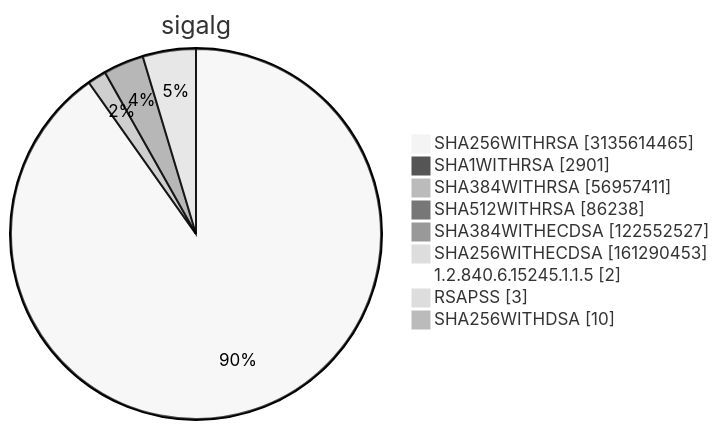
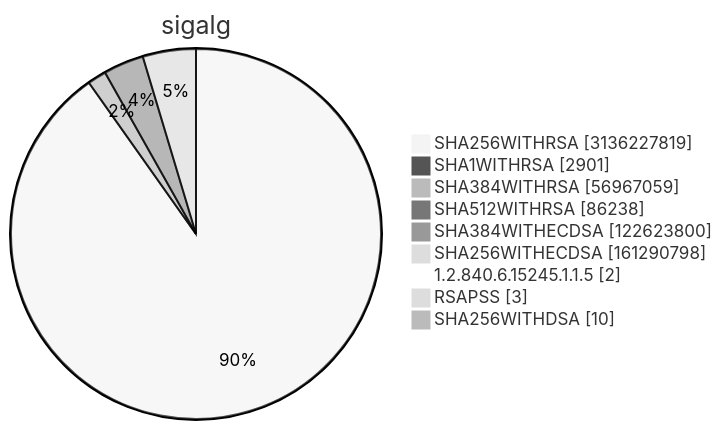
Before and after one commit to christiankrug/ctmonitor_visualization: diagram 15 of 15 in TOTAL/README.md, drawn with Mermaid (neutral theme). The commit also changed other lines of this file, not shown here.

````diff
--- a/TOTAL/README.md
+++ b/TOTAL/README.md
@@ -6212,13 +6212,13 @@
 ```mermaid
 pie showData
 title sigalg
-"SHA256WITHRSA" :3135614465
+"SHA256WITHRSA" :3136227819
 "SHA1WITHRSA" :2901
-"SHA384WITHRSA" :56957411
+"SHA384WITHRSA" :56967059
 "SHA512WITHRSA" :86238
-"SHA384WITHECDSA" :122552527
-"SHA256WITHECDSA" :161290453
+"SHA384WITHECDSA" :122623800
+"SHA256WITHECDSA" :161290798
 "1.2.840.6.15245.1.1.5" :2
 "RSAPSS" :3
 "SHA256WITHDSA" :10
 ```
````
